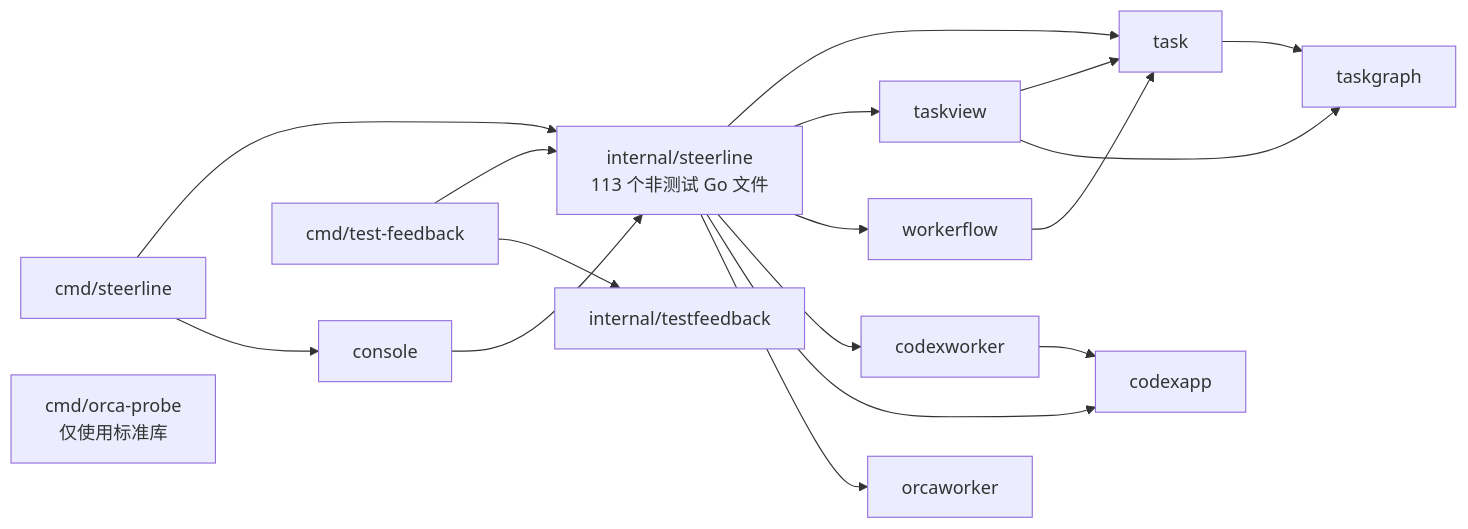
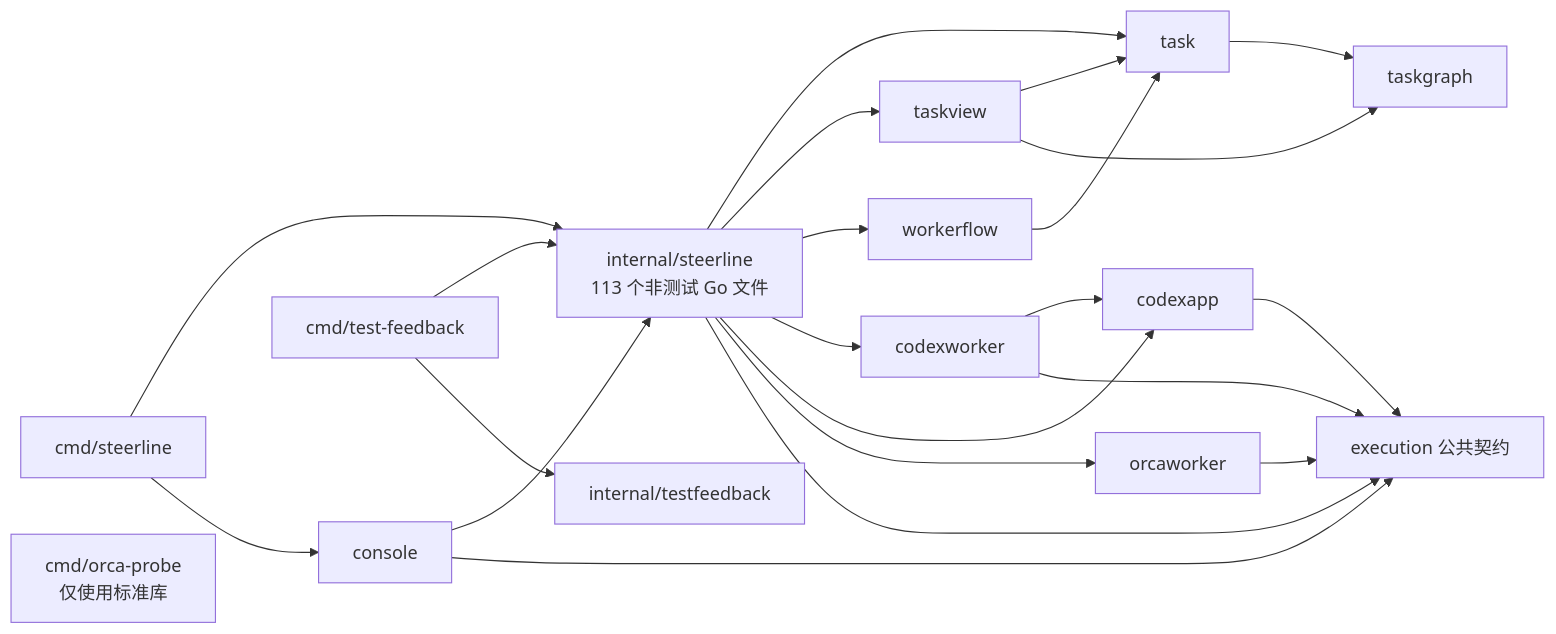
The second of 7 diagrams in docs/architecture/current-code-architecture.md (erranliu/SteerLine), drawn with Mermaid before and after one commit. The commit also changed other lines of this file and 112 other files, not shown here.

````diff
--- a/docs/architecture/current-code-architecture.md
+++ b/docs/architecture/current-code-architecture.md
@@ -70,22 +70,27 @@
 ```mermaid
 flowchart LR
     CLI["cmd/steerline"] --> Core["internal/steerline<br/>113 个非测试 Go 文件"]
     CLI --> Console["console"]
     Console --> Core
 
     Core --> Task["task"]
     Core --> TaskView["taskview"]
     Core --> Flow["workerflow"]
     Core --> CW["codexworker"]
     Core --> CA["codexapp"]
     Core --> OW["orcaworker"]
     Task --> Graph["taskgraph"]
     TaskView --> Task
     TaskView --> Graph
     Flow --> Task
     CW --> CA
+    Core --> Execution["execution 公共契约"]
+    Console --> Execution
+    CW --> Execution
+    CA --> Execution
+    OW --> Execution
 
     Feedback["cmd/test-feedback"] --> Core
     Feedback --> Summary["internal/testfeedback"]
     Probe["cmd/orca-probe<br/>仅使用标准库"]
 ```
````
